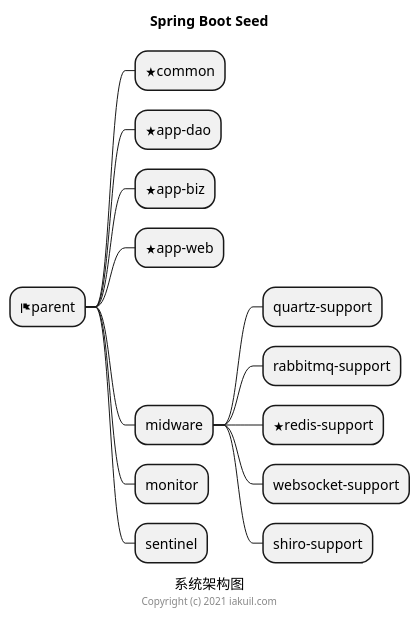
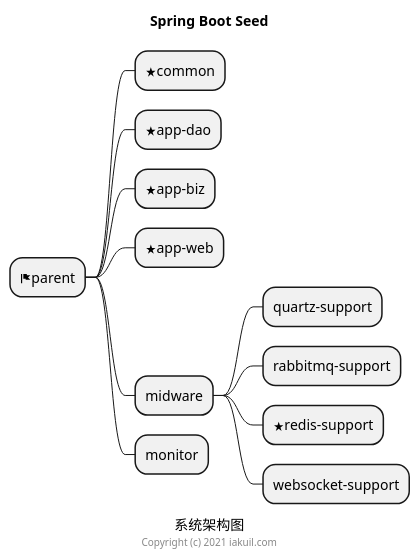
One commit to liukai237/spring-boot-seed changed the diagram in structure.puml. Above: the diagram before and after it, drawn with PlantUML. The commit also changed 7 other files, not shown here.

```diff
--- a/structure.puml
+++ b/structure.puml
@@ -1,20 +1,18 @@
 @startmindmap
 caption 系统架构图
 title Spring Boot Seed
 
 * <&flag>parent
 ** <&star>common
 ** <&star>app-dao
 ** <&star>app-biz
 ** <&star>app-web
 ** midware
 *** quartz-support
 *** rabbitmq-support
 *** <&star>redis-support
 *** websocket-support
-*** shiro-support
 ** monitor
-** sentinel
 
 center footer Copyright (c) 2021 iakuil.com
 @endmindmap
```
